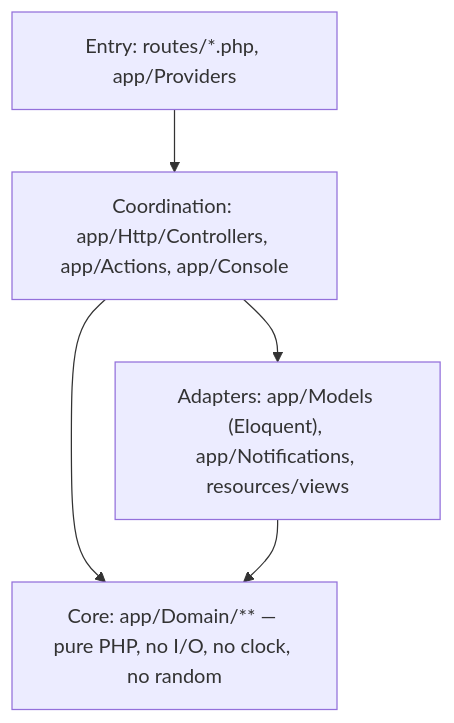
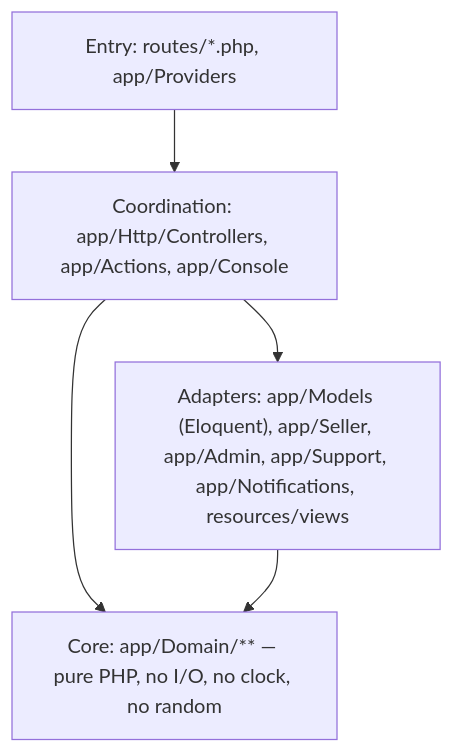
Before and after one commit to jonathan-beebe/art-store: the second of 5 diagrams in prototype/php/docs/architecture.md, drawn with Mermaid. The commit also changed other lines of this file and 591 other files, not shown here.

First line of the commit message:
feat[php]: the seller portal manages the whole business — store, flow, feed, customers, dashboard [FEAT-051..061] (#76)

````diff
--- a/prototype/php/docs/architecture.md
+++ b/prototype/php/docs/architecture.md
@@ -42,8 +42,8 @@
 ```mermaid
 flowchart TD
     entry["Entry: routes/*.php, app/Providers"] --> coord
     coord["Coordination: app/Http/Controllers, app/Actions, app/Console"] --> core
     coord --> adapters
-    adapters["Adapters: app/Models (Eloquent), app/Notifications, resources/views"] --> core
+    adapters["Adapters: app/Models (Eloquent), app/Seller, app/Admin, app/Support, app/Notifications, resources/views"] --> core
     core["Core: app/Domain/** — pure PHP, no I/O, no clock, no random"]
 ```
````
